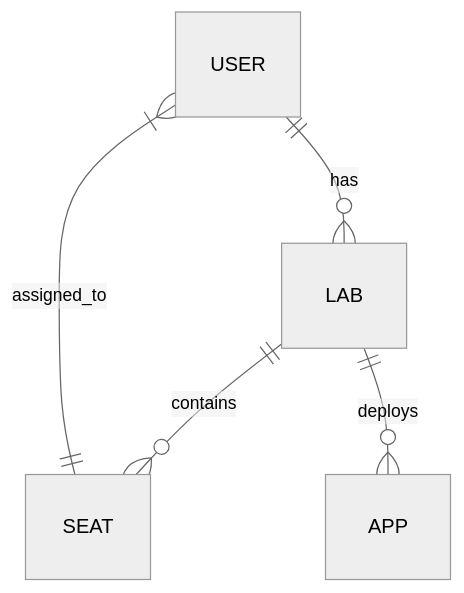
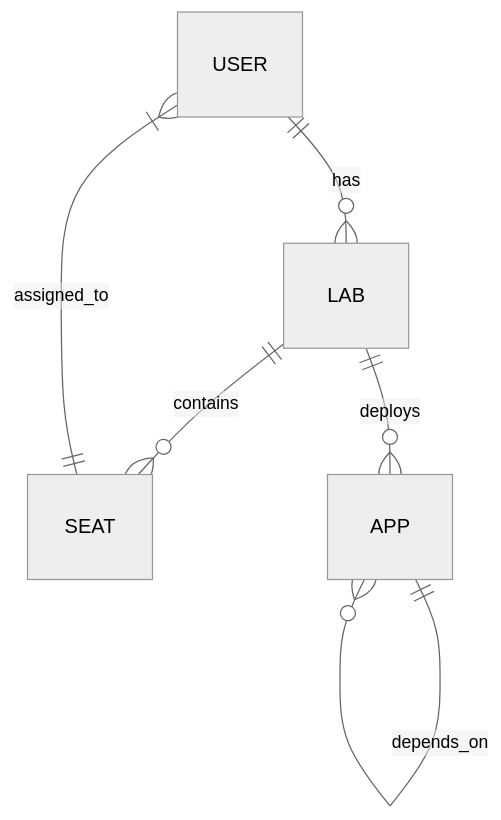
One commit to Friends-of-Ricc/sandmold changed the diagram in README.md. Above: the diagram before and after it, drawn with Mermaid (neutral theme). The commit also changed other lines of this file and 3 other files, not shown here.

````diff
--- a/README.md
+++ b/README.md
@@ -15,7 +44,8 @@
 ```mermaid
 erDiagram
     USER ||--o{ LAB : has
     LAB ||--o{ SEAT : contains
     LAB ||--o{ APP : deploys
+    APP ||--o{ APP : depends_on
     SEAT ||--|{ USER : assigned_to
 ```
````
